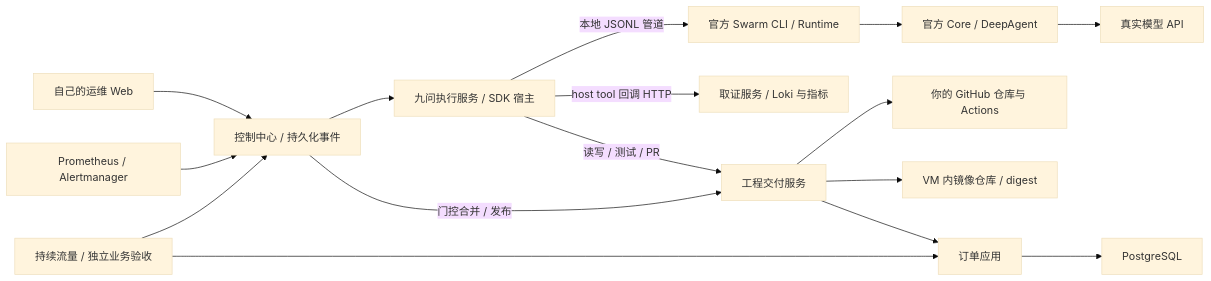
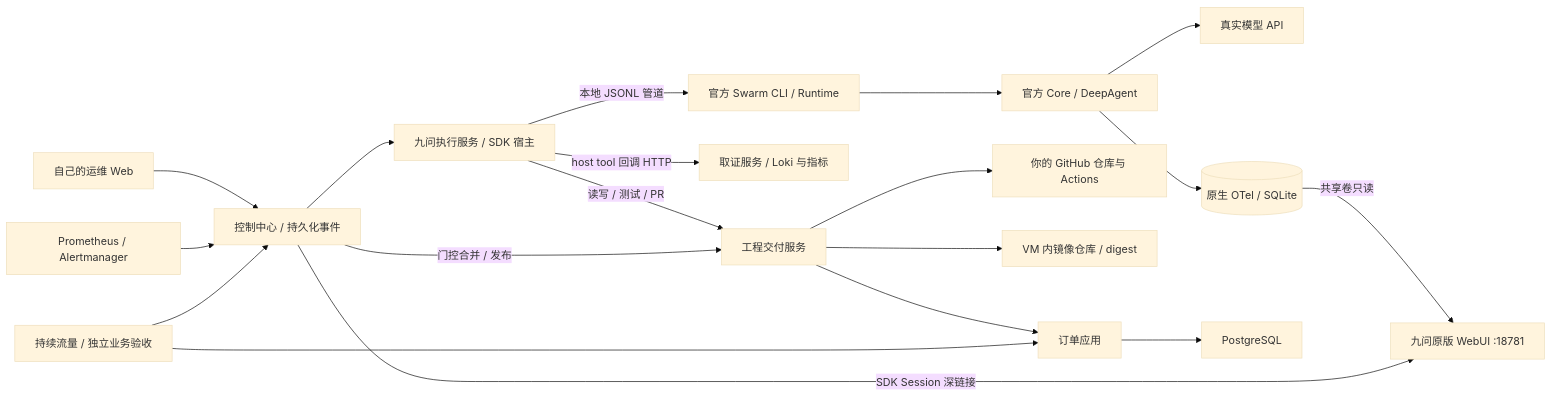
The diagram in README.md (lelezi257/jiuwen-ops-lab), drawn with Mermaid (base theme) before and after one commit. The commit also changed other lines of this file and 37 other files, not shown here.

Commit message:
feat: observe real Process SDK tasks in native Jiuwen WebUI

````diff
--- a/README.md
+++ b/README.md
@@ -13,18 +15,21 @@
 ```mermaid
 flowchart LR
   Web[自己的运维 Web] --> Control[控制中心 / 持久化事件]
   Alert[Prometheus / Alertmanager] --> Control
   Control --> Runner[九问执行服务 / SDK 宿主]
   Runner -->|本地 JSONL 管道| Swarm[官方 Swarm CLI / Runtime]
   Swarm --> Core[官方 Core / DeepAgent]
   Core --> Model[真实模型 API]
+  Core --> Trace[(原生 OTel / SQLite)]
+  Trace -->|共享卷只读| Native[九问原版 WebUI :18781]
+  Control -->|SDK Session 深链接| Native
   Runner -->|host tool 回调 HTTP| Evidence[取证服务 / Loki 与指标]
   Runner -->|读写 / 测试 / PR| Delivery[工程交付服务]
   Control -->|门控合并 / 发布| Delivery
   Delivery --> GitHub[你的 GitHub 仓库与 Actions]
   Delivery --> Registry[VM 内镜像仓库 / digest]
   Delivery --> App[订单应用]
   App --> DB[PostgreSQL]
   Probe[持续流量 / 独立业务验收] --> App
   Probe --> Control
 ```
````
